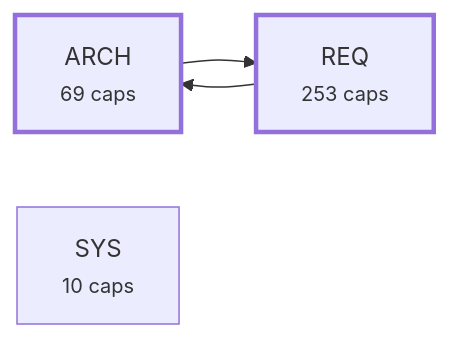
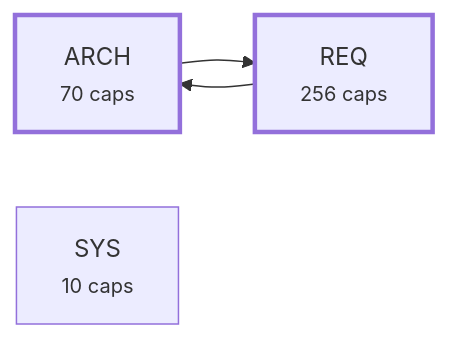
Before and after one commit to alxmax/Requirement-manager: the third of 4 diagrams in plugin/requirements/_map.md, drawn with Mermaid. The commit also changed other lines of this file and 40 other files, not shown here.

````diff
--- a/plugin/requirements/_map.md
+++ b/plugin/requirements/_map.md
@@ -1122,10 +1133,10 @@
 ```mermaid
 graph LR
-  a_ARCH["ARCH<br><small>69 caps</small>"]
-  a_REQ["REQ<br><small>253 caps</small>"]
+  a_ARCH["ARCH<br><small>70 caps</small>"]
+  a_REQ["REQ<br><small>256 caps</small>"]
   a_SYS["SYS<br><small>10 caps</small>"]
   a_ARCH --> a_REQ
   a_REQ --> a_ARCH
   style a_ARCH stroke-width:3px
   style a_REQ stroke-width:3px
 ```
````
